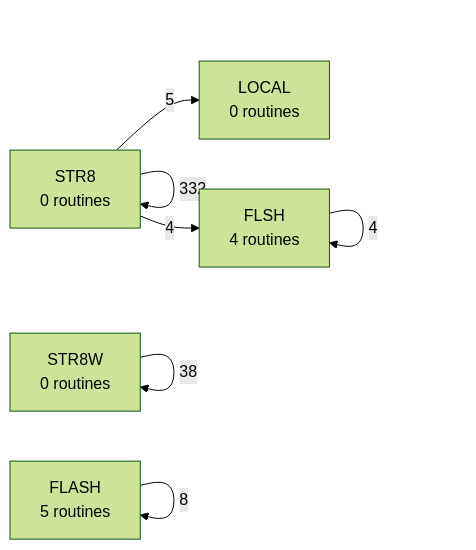
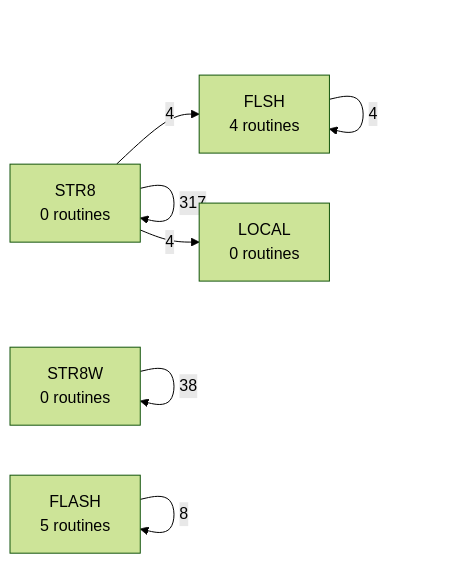
Before and after one commit to 95westus/R-YORS: the fifth of 6 diagrams in DOC/GENERATED/ROUTINE_PREFIX_MAP.md, drawn with Mermaid (forest theme). The commit also changed other lines of this file and 17 other files, not shown here.

````diff
--- a/DOC/GENERATED/ROUTINE_PREFIX_MAP.md
+++ b/DOC/GENERATED/ROUTINE_PREFIX_MAP.md
@@ -79,9 +79,9 @@
 ```mermaid
 flowchart LR
-    P_STR8["STR8<br/>0 routines"] -->|332| P_STR8["STR8<br/>0 routines"]
+    P_STR8["STR8<br/>0 routines"] -->|317| P_STR8["STR8<br/>0 routines"]
     P_STR8W["STR8W<br/>0 routines"] -->|38| P_STR8W["STR8W<br/>0 routines"]
     P_FLASH["FLASH<br/>5 routines"] -->|8| P_FLASH["FLASH<br/>5 routines"]
-    P_STR8["STR8<br/>0 routines"] -->|5| P_LOCAL["LOCAL<br/>0 routines"]
     P_FLSH["FLSH<br/>4 routines"] -->|4| P_FLSH["FLSH<br/>4 routines"]
     P_STR8["STR8<br/>0 routines"] -->|4| P_FLSH["FLSH<br/>4 routines"]
+    P_STR8["STR8<br/>0 routines"] -->|4| P_LOCAL["LOCAL<br/>0 routines"]
 ```
````
